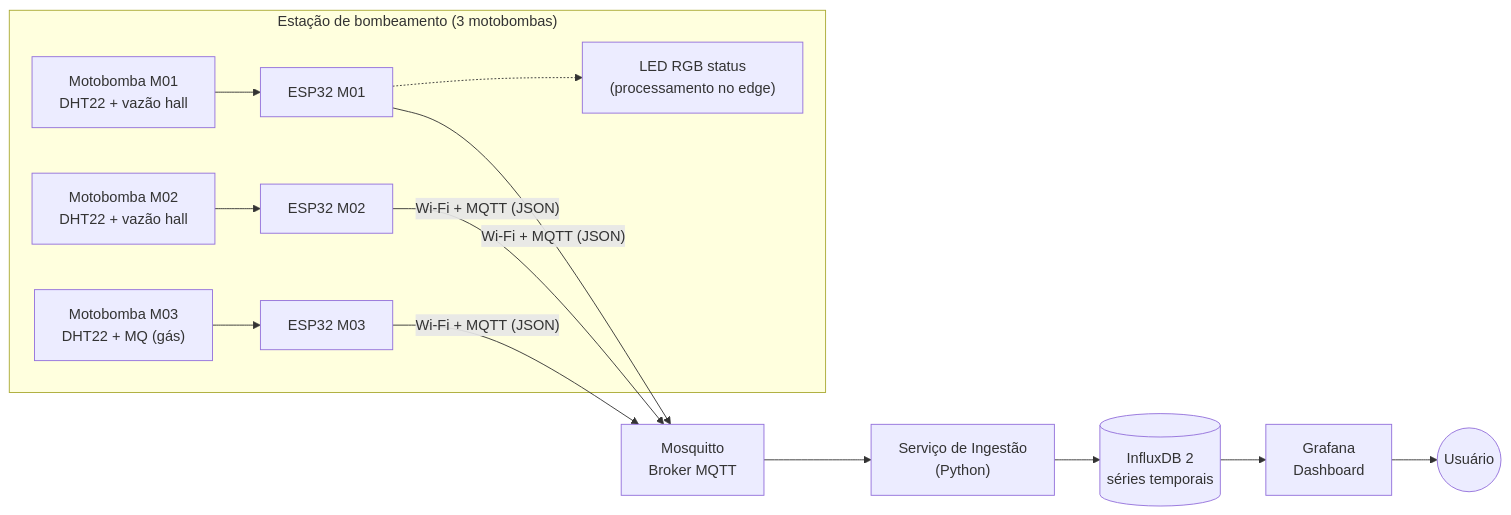
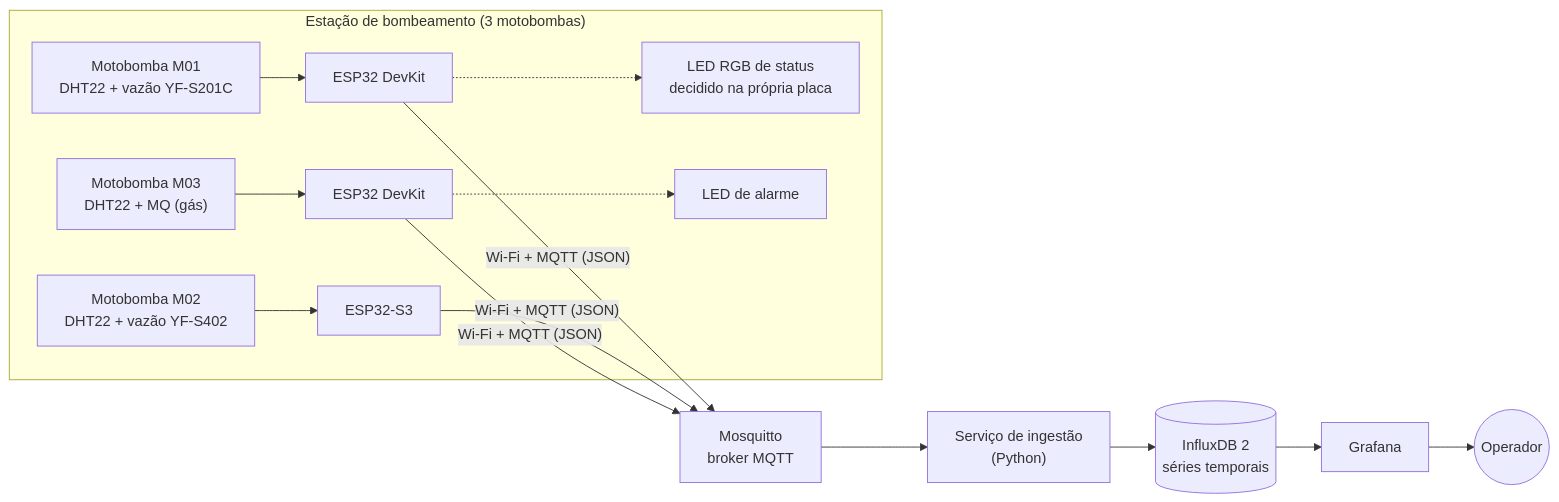
Before and after one commit to PedroFurtadoC/estacao-bombeamento-iot: the diagram in README.md, drawn with Mermaid. The commit also changed other lines of this file and 19 other files, not shown here.

````diff
--- a/README.md
+++ b/README.md
@@ -14,15 +15,16 @@
 ```mermaid
 flowchart LR
     subgraph Estacao["Estação de bombeamento (3 motobombas)"]
-        S1["Motobomba M01<br/>DHT22 + vazão hall"] --> E1["ESP32 M01"]
-        S2["Motobomba M02<br/>DHT22 + vazão hall"] --> E2["ESP32 M02"]
-        S3["Motobomba M03<br/>DHT22 + MQ (gás)"] --> E3["ESP32 M03"]
-        E1 -.-> L1["LED RGB status<br/>(processamento no edge)"]
+        S1["Motobomba M01<br/>DHT22 + vazão YF-S201C"] --> E1["ESP32 DevKit"]
+        S2["Motobomba M02<br/>DHT22 + vazão YF-S402"] --> E2["ESP32-S3"]
+        S3["Motobomba M03<br/>DHT22 + MQ (gás)"] --> E3["ESP32 DevKit"]
+        E1 -.-> L1["LED RGB de status<br/>decidido na própria placa"]
+        E3 -.-> L3["LED de alarme"]
     end
 
-    E1 & E2 & E3 -- "Wi-Fi + MQTT (JSON)" --> B["Mosquitto<br/>Broker MQTT"]
-    B --> I["Serviço de Ingestão<br/>(Python)"]
+    E1 & E2 & E3 -- "Wi-Fi + MQTT (JSON)" --> B["Mosquitto<br/>broker MQTT"]
+    B --> I["Serviço de ingestão<br/>(Python)"]
     I --> DB[("InfluxDB 2<br/>séries temporais")]
-    DB --> G["Grafana<br/>Dashboard"]
-    G --> U(("Usuário"))
+    DB --> G["Grafana"]
+    G --> U(("Operador"))
 ```
````
